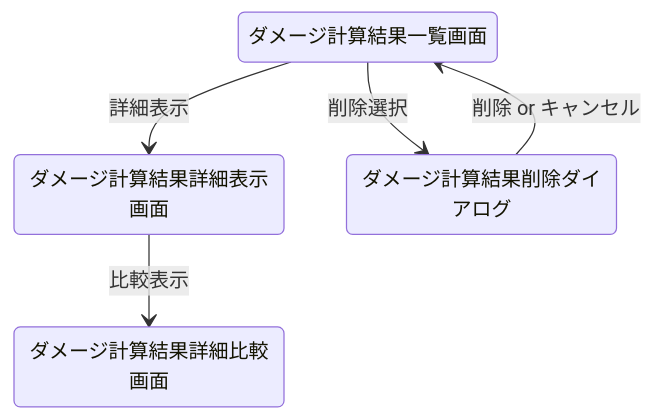
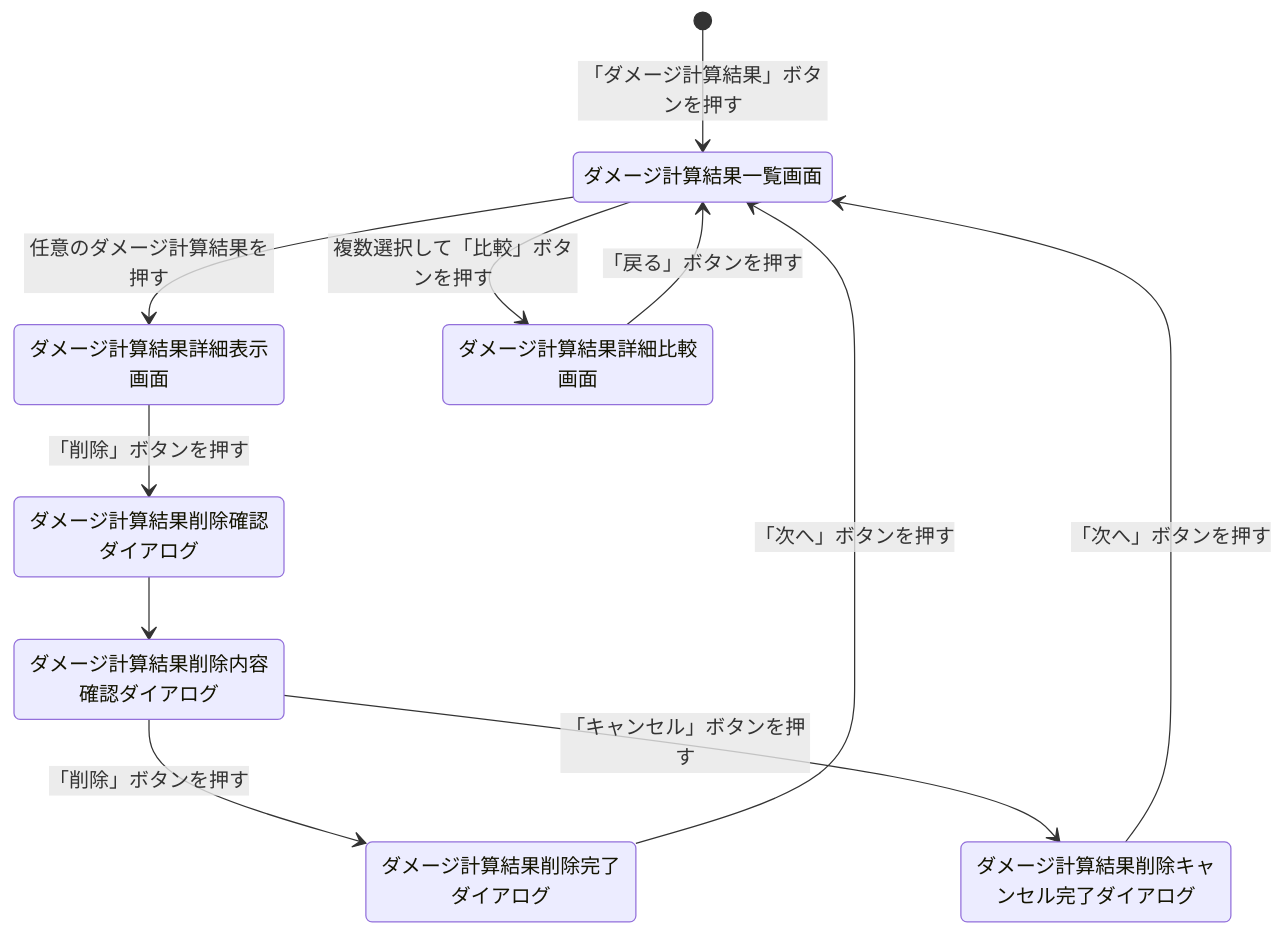
The fifth of 6 diagrams in README.md (Ryosuke-Yamasaki/Genshin-Desktop-App), drawn with Mermaid before and after one commit. The commit also changed other lines of this file, not shown here.

````diff
--- a/README.md
+++ b/README.md
@@ -277,7 +327,13 @@
 ```mermaid
 stateDiagram-v2
-  ダメージ計算結果一覧画面 --> ダメージ計算結果詳細表示画面 : 詳細表示
-  ダメージ計算結果詳細表示画面 --> ダメージ計算結果詳細比較画面 : 比較表示
-  ダメージ計算結果一覧画面 --> ダメージ計算結果削除ダイアログ : 削除選択
-  ダメージ計算結果削除ダイアログ --> ダメージ計算結果一覧画面 : 削除 or キャンセル
+  [*] --> ダメージ計算結果一覧画面 : 「ダメージ計算結果」ボタンを押す
+  ダメージ計算結果一覧画面 --> ダメージ計算結果詳細表示画面 : 任意のダメージ計算結果を押す
+  ダメージ計算結果一覧画面 --> ダメージ計算結果詳細比較画面 : 複数選択して「比較」ボタンを押す
+  ダメージ計算結果詳細比較画面 --> ダメージ計算結果一覧画面 : 「戻る」ボタンを押す
+  ダメージ計算結果詳細表示画面 --> ダメージ計算結果削除確認ダイアログ : 「削除」ボタンを押す
+  ダメージ計算結果削除確認ダイアログ --> ダメージ計算結果削除内容確認ダイアログ
+  ダメージ計算結果削除内容確認ダイアログ --> ダメージ計算結果削除完了ダイアログ : 「削除」ボタンを押す
+  ダメージ計算結果削除内容確認ダイアログ --> ダメージ計算結果削除キャンセル完了ダイアログ : 「キャンセル」ボタンを押す
+  ダメージ計算結果削除完了ダイアログ --> ダメージ計算結果一覧画面 : 「次へ」ボタンを押す
+  ダメージ計算結果削除キャンセル完了ダイアログ --> ダメージ計算結果一覧画面 : 「次へ」ボタンを押す
 ```
````
